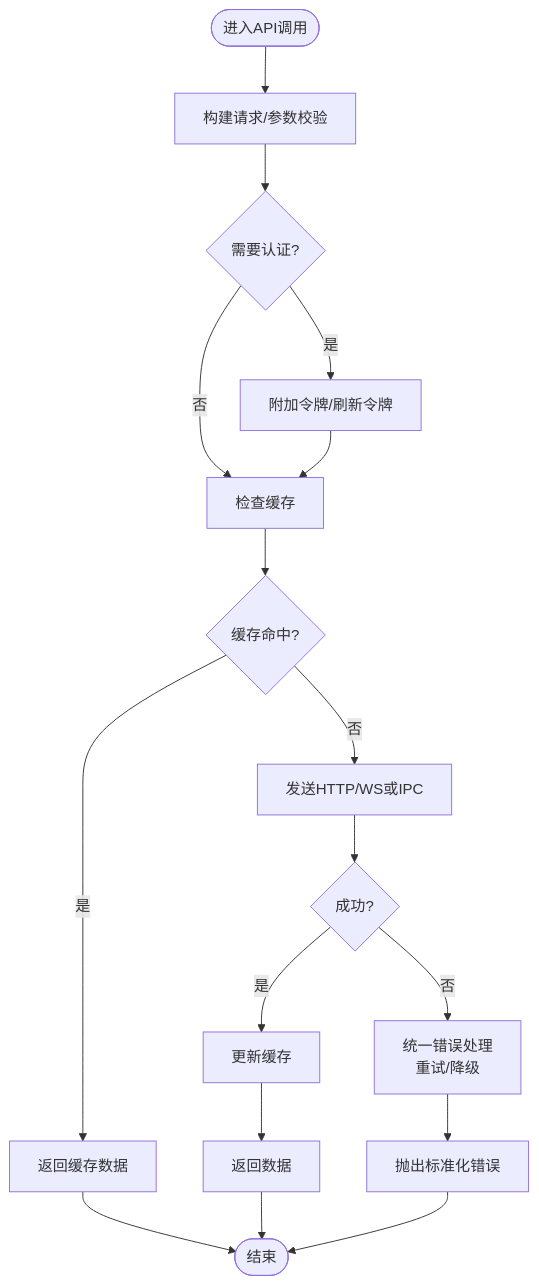
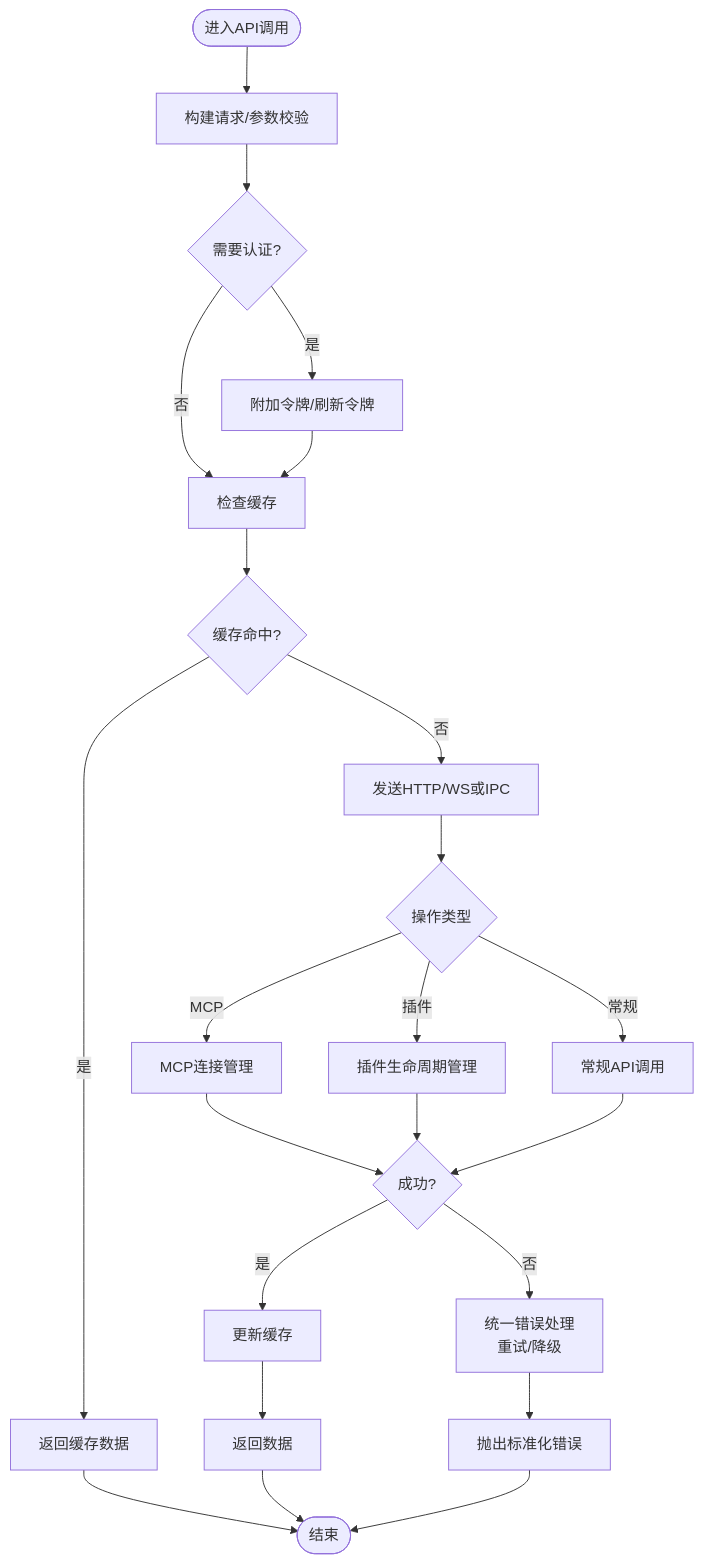
The third of 6 diagrams in .qoder/repowiki/zh/content/前端架构/API集成层.md (kkutysllb/KCoder), drawn with Mermaid before and after one commit. The commit also changed other lines of this file and 11 other files, not shown here.

````diff
--- a/.qoder/repowiki/zh/content/前端架构/API集成层.md
+++ b/.qoder/repowiki/zh/content/前端架构/API集成层.md
@@ -136,19 +157,25 @@
 ```mermaid
 flowchart TD
 Start(["进入API调用"]) --> Build["构建请求/参数校验"]
 Build --> Auth{"需要认证?"}
 Auth --> |是| AttachToken["附加令牌/刷新令牌"]
 Auth --> |否| CacheCheck["检查缓存"]
 AttachToken --> CacheCheck
 CacheCheck --> Hit{"缓存命中?"}
 Hit --> |是| ReturnCache["返回缓存数据"]
 Hit --> |否| Send["发送HTTP/WS或IPC"]
-Send --> Resp{"成功?"}
+Send --> Type{"操作类型"}
+Type --> |MCP| MCPFlow["MCP连接管理"]
+Type --> |插件| PluginFlow["插件生命周期管理"]
+Type --> |常规| RegularFlow["常规API调用"]
+MCPFlow --> Resp{"成功?"}
+PluginFlow --> Resp
+RegularFlow --> Resp
 Resp --> |否| HandleErr["统一错误处理<br/>重试/降级"]
 Resp --> |是| UpdateCache["更新缓存"]
 UpdateCache --> ReturnData["返回数据"]
 HandleErr --> ReturnError["抛出标准化错误"]
 ReturnCache --> End(["结束"])
 ReturnData --> End
 ReturnError --> End
 ```
````
